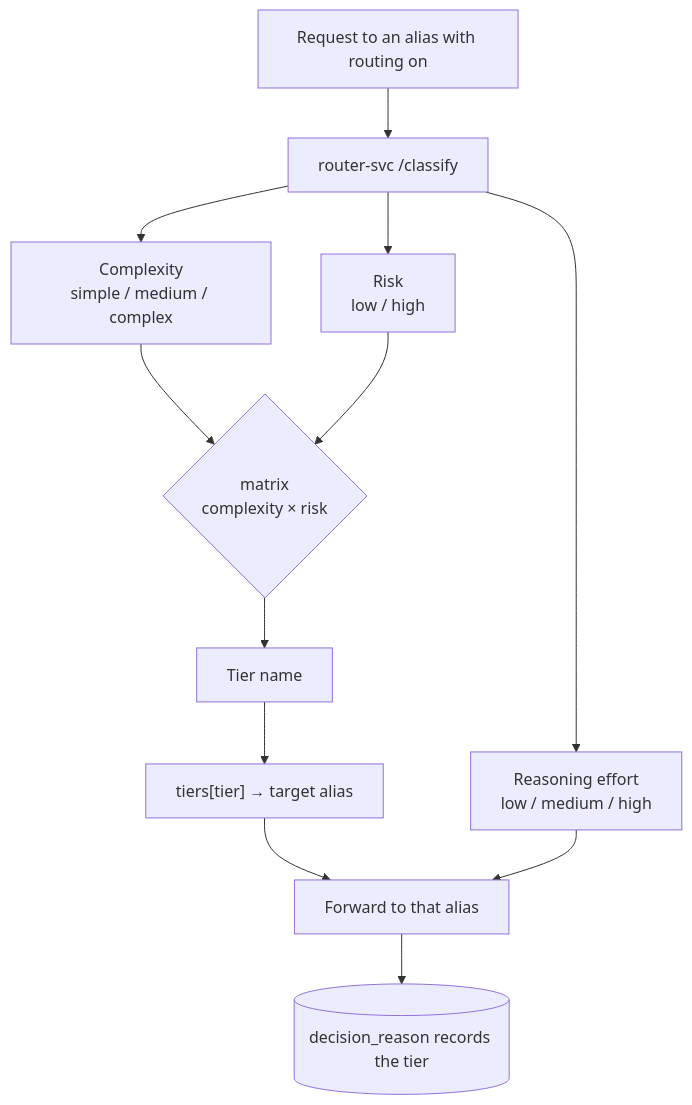
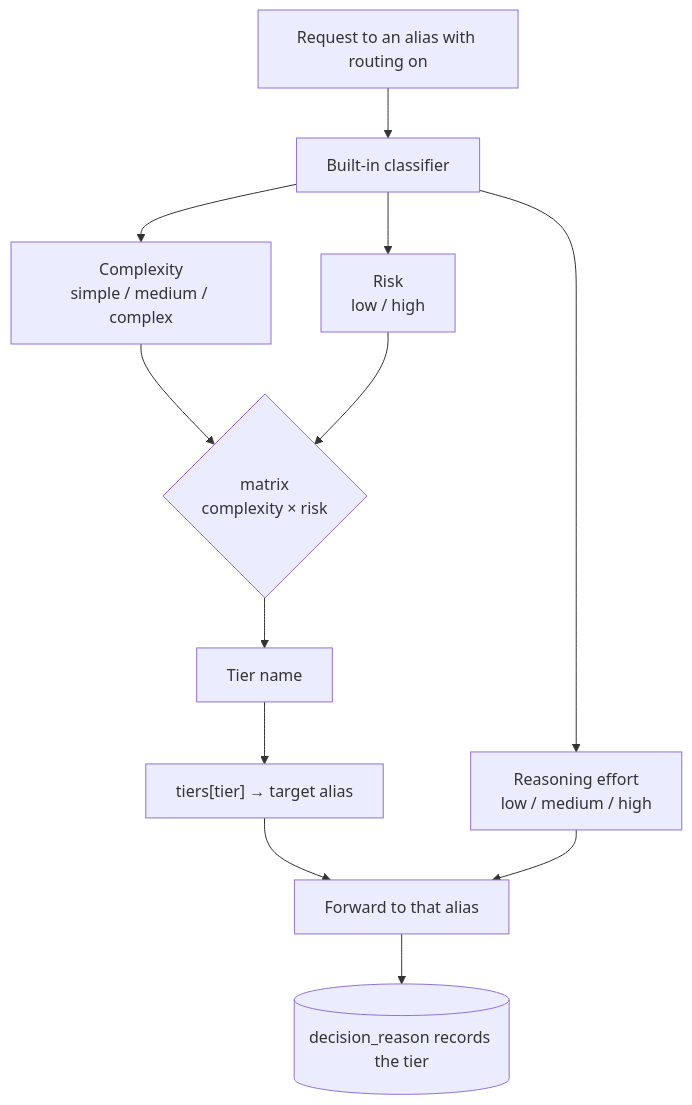
Before and after one commit to avs6/runledger-community: the diagram in docs/optimization/intelligent-routing.mdx, drawn with Mermaid. The commit also changed other lines of this file and 132 other files, not shown here.

````diff
--- a/docs/optimization/intelligent-routing.mdx
+++ b/docs/optimization/intelligent-routing.mdx
@@ -13,14 +13,14 @@
 ```mermaid
 flowchart TB
-  req[Request to an alias with routing on] --> cls[router-svc /classify]
+  req[Request to an alias with routing on] --> cls[Built-in classifier]
   cls --> cx[Complexity\nsimple / medium / complex]
   cls --> rk[Risk\nlow / high]
   cls --> re[Reasoning effort\nlow / medium / high]
   cx --> mat{matrix\ncomplexity × risk}
   rk --> mat
   mat --> tier[Tier name]
   tier --> alias["tiers[tier] → target alias"]
   alias --> fwd[Forward to that alias]
   re --> fwd
   fwd --> log[(decision_reason records the tier)]
 ```
````
